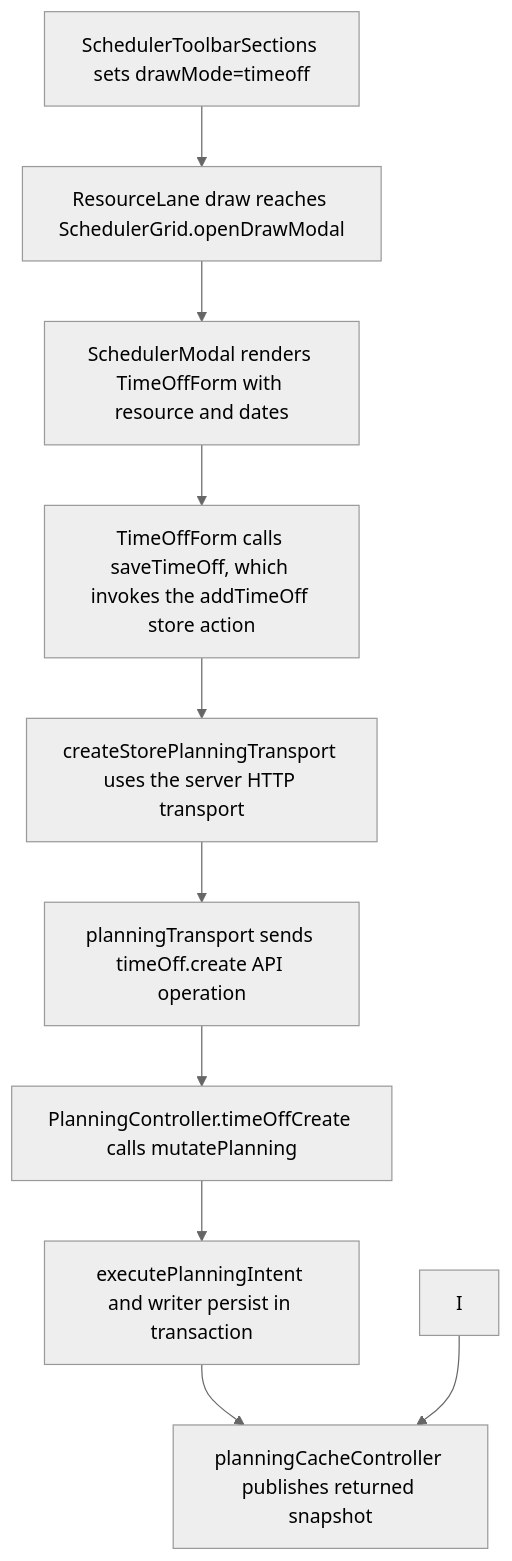
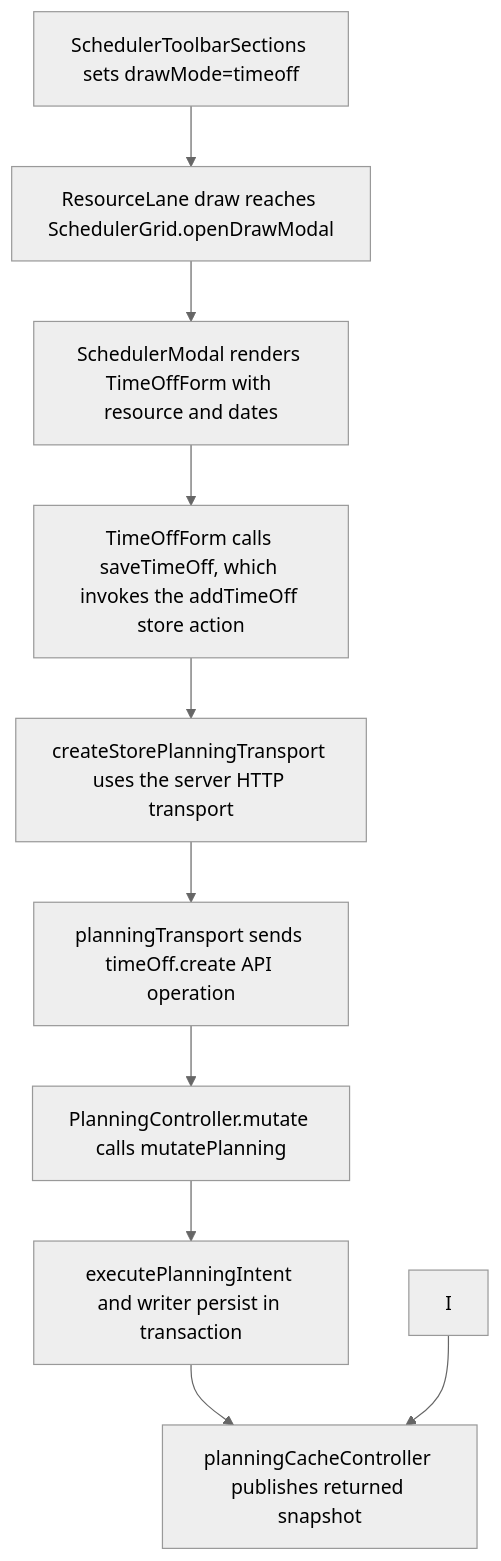
Before and after one commit to Kevinjohn/capacitylens: the second of 2 diagrams in user-stories/scheduler/US-SCH-03-draw-time-off.md, drawn with Mermaid (neutral theme). The commit also changed 115 other files, not shown here.

````diff
--- a/user-stories/scheduler/US-SCH-03-draw-time-off.md
+++ b/user-stories/scheduler/US-SCH-03-draw-time-off.md
@@ -39,12 +39,12 @@
 ```mermaid
 flowchart TD
   A["SchedulerToolbarSections sets drawMode=timeoff"] --> B["ResourceLane draw reaches SchedulerGrid.openDrawModal"]
   B --> C["SchedulerModal renders TimeOffForm with resource and dates"]
   C --> D["TimeOffForm calls saveTimeOff, which invokes the addTimeOff store action"]
   D --> E["createStorePlanningTransport uses the server HTTP transport"]
   E --> F["planningTransport sends timeOff.create API operation"]
-  F --> G["PlanningController.timeOffCreate calls mutatePlanning"]
+  F --> G["PlanningController.mutate calls mutatePlanning"]
   G --> H["executePlanningIntent and writer persist in transaction"]
   H --> J["planningCacheController publishes returned snapshot"]
   I --> J
 ```
````
